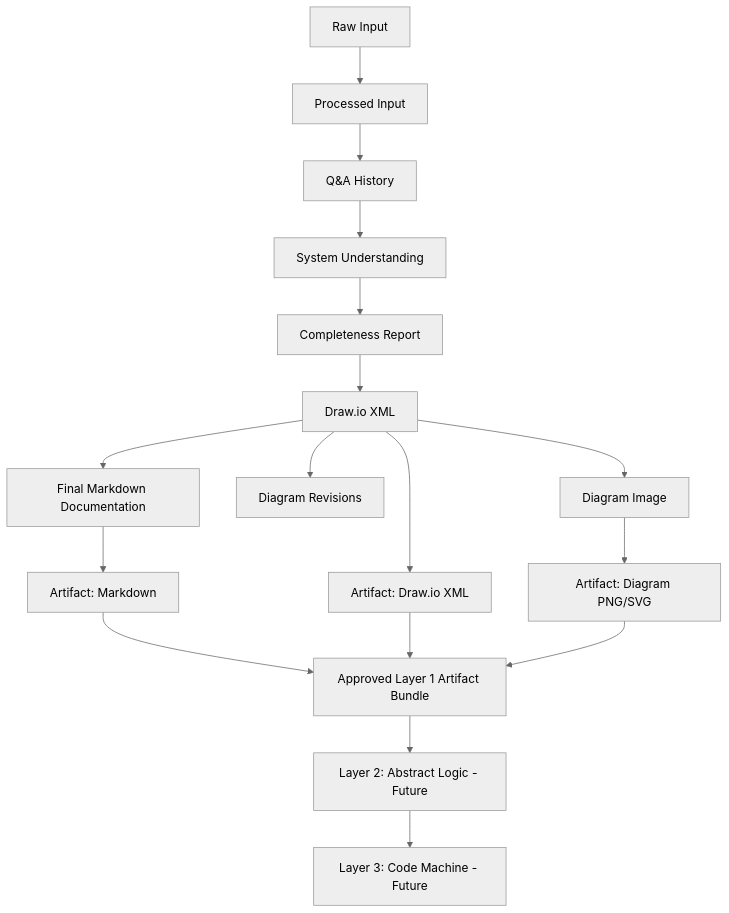
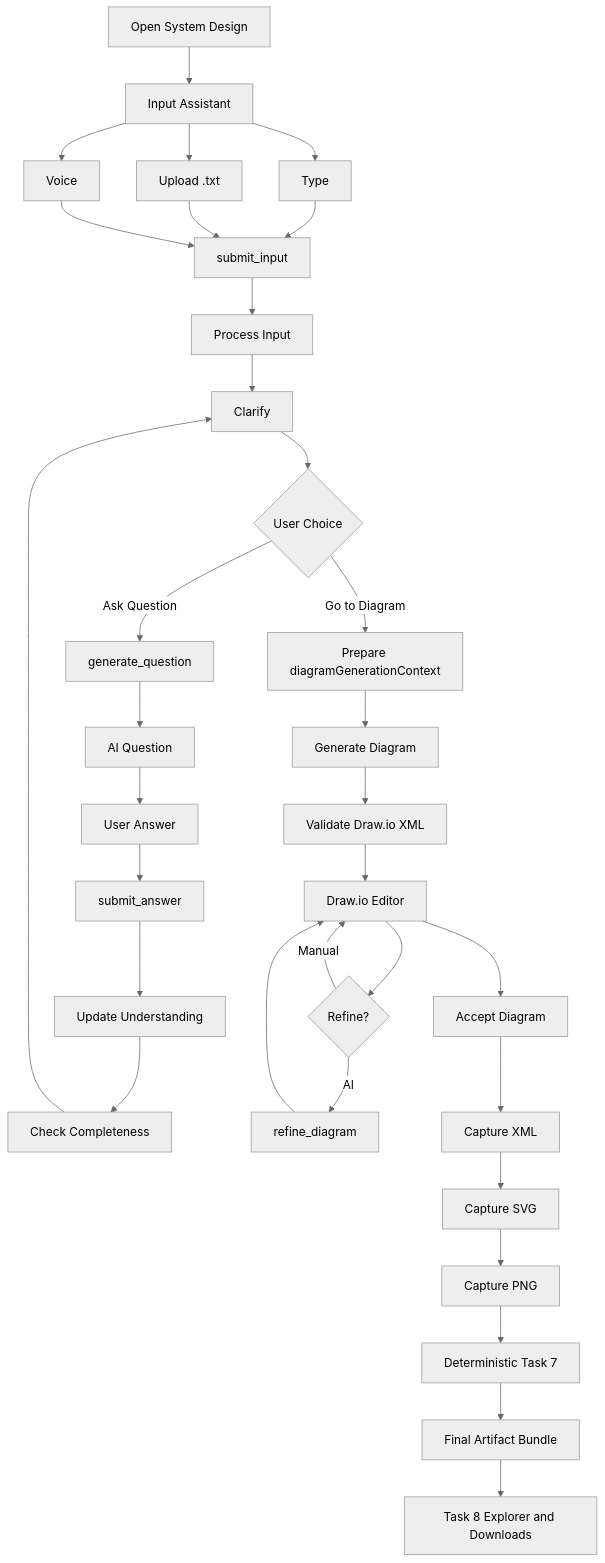
Before and after one commit to ProductMasterz/Mujarrad-Frontend: the third of 4 diagrams in Docs/system-design-detailed-plan.md, drawn with Mermaid (neutral theme). The commit also changed other lines of this file and 50 other files, not shown here.

Commit message:
Complete System Design Layer 1 tasks 1-8

````diff
--- a/Docs/system-design-detailed-plan.md
+++ b/Docs/system-design-detailed-plan.md
@@ -1946,22 +2361,44 @@
 ```mermaid
 flowchart TD
-    A[Raw Input] --> B[Processed Input]
-    B --> C[Q&A History]
-    C --> D[System Understanding]
-    D --> E[Completeness Report]
-    E --> F[Draw.io XML]
-    F --> G[Diagram Image]
-    F --> H[Diagram Revisions]
-    F --> I[Final Markdown Documentation]
+    A[Open System Design] --> B[Input Assistant]
 
-    I --> J[Artifact: Markdown]
-    F --> K[Artifact: Draw.io XML]
-    G --> L[Artifact: Diagram PNG/SVG]
+    B --> B1[Type]
+    B --> B2[Upload .txt]
+    B --> B3[Voice]
 
-    J --> M[Approved Layer 1 Artifact Bundle]
-    K --> M
-    L --> M
+    B1 --> C[submit_input]
+    B2 --> C
+    B3 --> C
 
-    M --> N[Layer 2: Abstract Logic - Future]
-    N --> O[Layer 3: Code Machine - Future]
+    C --> D[Process Input]
+    D --> E[Clarify]
+
+    E --> F{User Choice}
+    F -->|Ask Question| G[generate_question]
+    G --> H[AI Question]
+    H --> I[User Answer]
+    I --> J[submit_answer]
+    J --> K[Update Understanding]
+    K --> L[Check Completeness]
+    L --> E
+
+    F -->|Go to Diagram| M[Prepare diagramGenerationContext]
+
+    M --> N[Generate Diagram]
+    N --> O[Validate Draw.io XML]
+    O --> P[Draw.io Editor]
+
+    P --> Q{Refine?}
+    Q -->|Manual| P
+    Q -->|AI| R[refine_diagram]
+    R --> P
+
+    P --> S[Accept Diagram]
+    S --> T[Capture XML]
+    T --> U[Capture SVG]
+    U --> V[Capture PNG]
+
+    V --> W[Deterministic Task 7]
+    W --> X[Final Artifact Bundle]
+    X --> Y[Task 8 Explorer and Downloads]
 ```
````
